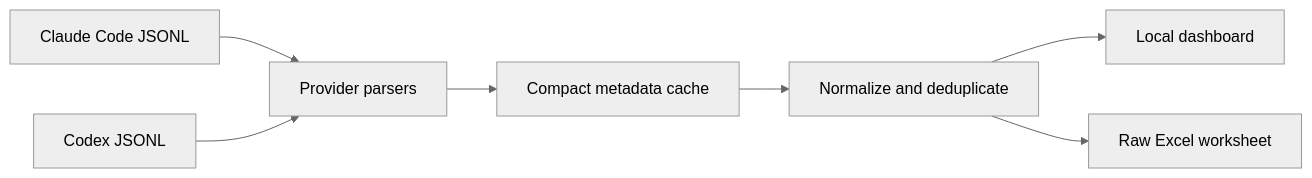
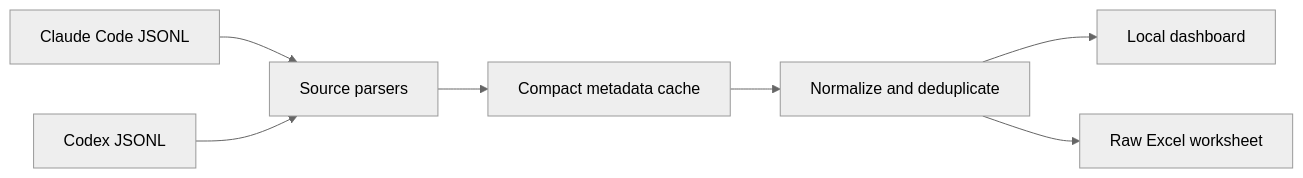
The diagram in README.md (KimYeongHyeon/claude-codex-usage-export), drawn with Mermaid (neutral theme) before and after one commit. The commit also changed other lines of this file and 15 other files, not shown here.

````diff
--- a/README.md
+++ b/README.md
@@ -229,9 +234,9 @@
 ```mermaid
 flowchart LR
-    A[Claude Code JSONL] --> C[Provider parsers]
+    A[Claude Code JSONL] --> C[Source parsers]
     B[Codex JSONL] --> C
     C --> D[Compact metadata cache]
     D --> E[Normalize and deduplicate]
     E --> F[Local dashboard]
     E --> G[Raw Excel worksheet]
 ```
````
